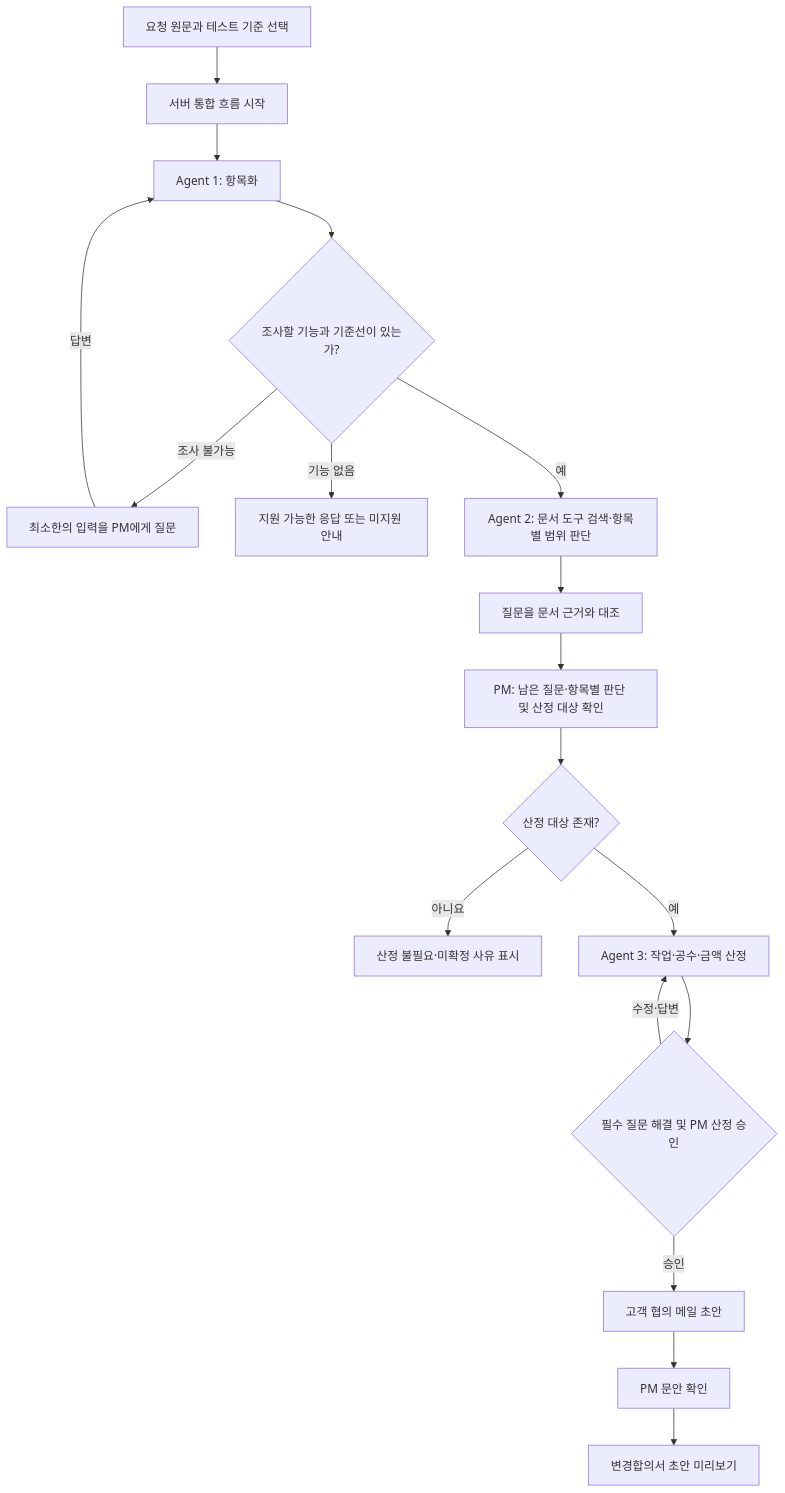
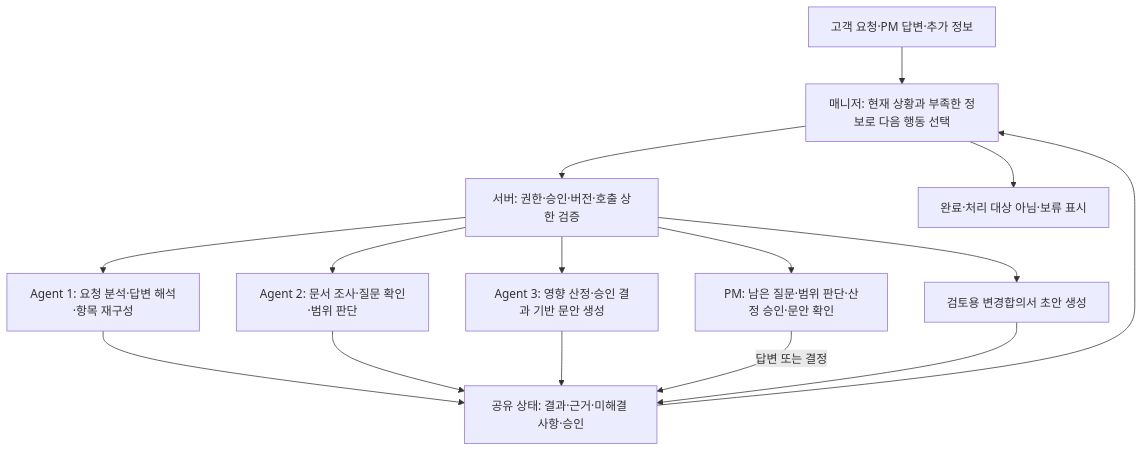
One commit to Weave-B2B/weave-ai-agent changed the diagram in docs/prototype/integrated-request-analysis-plan.md. Above: the diagram before and after it, drawn with Mermaid. The commit also changed other lines of this file, not shown here.

Commit message:
docs(#5): 매니저의 동적 에이전트 호출 구조로 수정

````diff
--- a/docs/prototype/integrated-request-analysis-plan.md
+++ b/docs/prototype/integrated-request-analysis-plan.md
@@ -82,20 +84,17 @@
 ```mermaid
 flowchart TD
-    A[요청 원문과 테스트 기준 선택] --> B[서버 통합 흐름 시작]
-    B --> C[Agent 1: 항목화]
-    C --> E{조사할 기능과 기준선이 있는가?}
-    E -->|조사 불가능| D[최소한의 입력을 PM에게 질문]
-    D -->|답변| C
-    E -->|기능 없음| X[지원 가능한 응답 또는 미지원 안내]
-    E -->|예| F[Agent 2: 문서 도구 검색·항목별 범위 판단]
-    F --> Q[질문을 문서 근거와 대조]
-    Q --> G[PM: 남은 질문·항목별 판단 및 산정 대상 확인]
-    G --> H{산정 대상 존재?}
-    H -->|아니요| Y[산정 불필요·미확정 사유 표시]
-    H -->|예| I[Agent 3: 작업·공수·금액 산정]
-    I --> J{필수 질문 해결 및 PM 산정 승인}
-    J -->|수정·답변| I
-    J -->|승인| K[고객 협의 메일 초안]
-    K --> L[PM 문안 확인]
-    L --> M[변경합의서 초안 미리보기]
+    U[고객 요청·PM 답변·추가 정보] --> M[매니저: 현재 상황과 부족한 정보로 다음 행동 선택]
+    M --> G[서버: 권한·승인·버전·호출 상한 검증]
+    G --> A1[Agent 1: 요청 분석·답변 해석·항목 재구성]
+    G --> A2[Agent 2: 문서 조사·질문 확인·범위 판단]
+    G --> A3[Agent 3: 영향 산정·승인 결과 기반 문안 생성]
+    G --> P[PM: 남은 질문·범위 판단·산정 승인·문안 확인]
+    G --> D[검토용 변경합의서 초안 생성]
+    A1 --> S[공유 상태: 결과·근거·미해결 사항·승인]
+    A2 --> S
+    A3 --> S
+    P -->|답변 또는 결정| S
+    D --> S
+    S --> M
+    M --> F[완료·처리 대상 아님·보류 표시]
 ```
````
